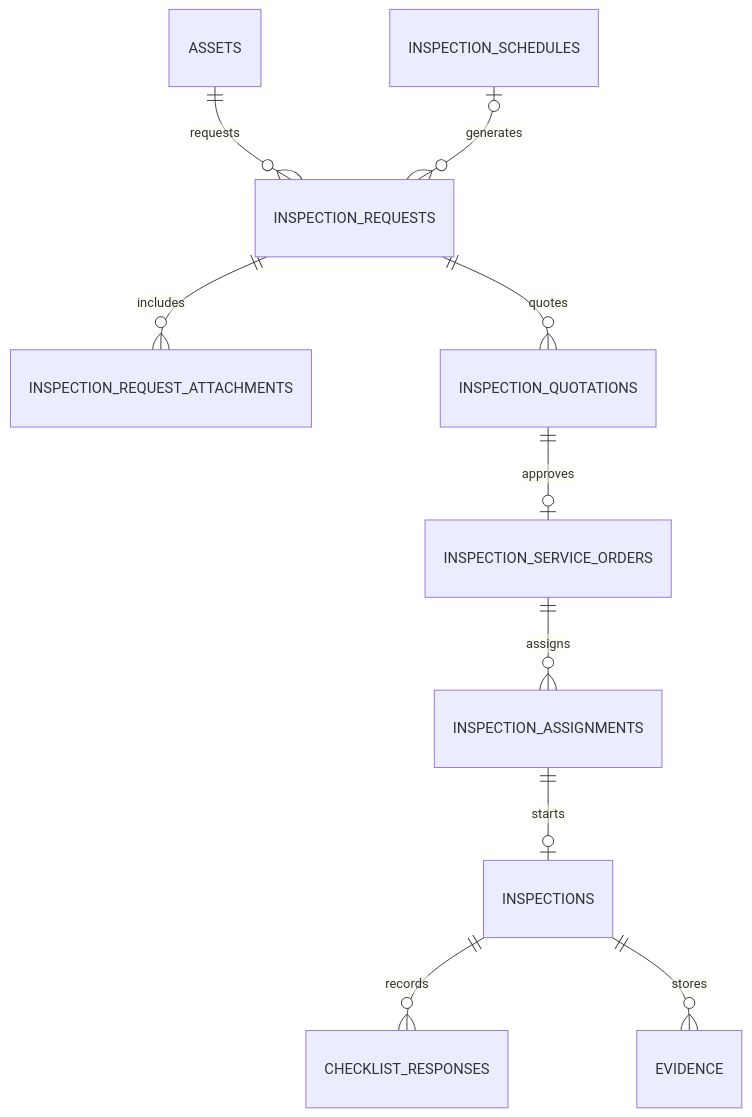
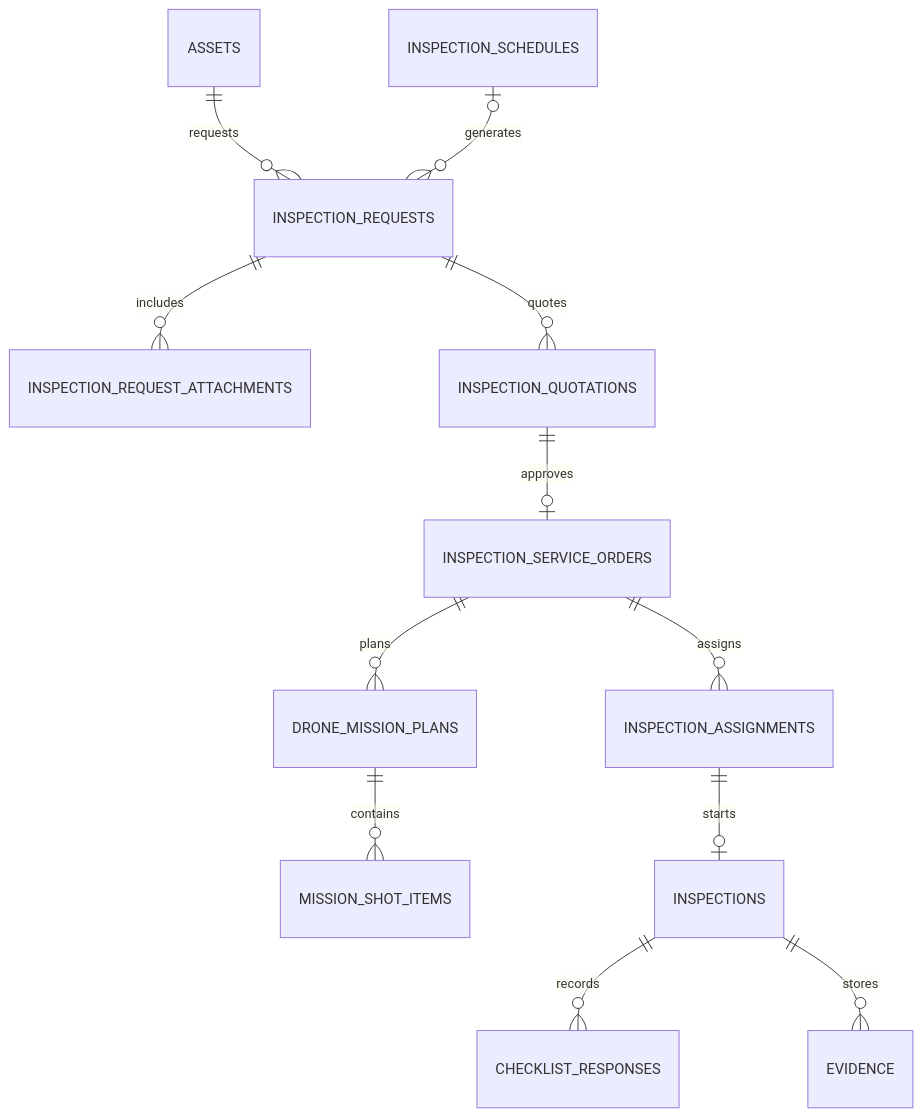
One commit to tungbach12/SmartDroneInspection-Docs changed the second of 4 diagrams in project-reference/database-design.md. Above: the diagram before and after it, drawn with Mermaid. The commit also changed other lines of this file and 2 other files, not shown here.

Commit message:
docs(flows): make drone planning core and policies configurable

````diff
--- a/project-reference/database-design.md
+++ b/project-reference/database-design.md
@@ -103,12 +105,14 @@
 ```mermaid
 erDiagram
     ASSETS ||--o{ INSPECTION_REQUESTS : requests
     INSPECTION_SCHEDULES o|--o{ INSPECTION_REQUESTS : generates
     INSPECTION_REQUESTS ||--o{ INSPECTION_REQUEST_ATTACHMENTS : includes
     INSPECTION_REQUESTS ||--o{ INSPECTION_QUOTATIONS : quotes
     INSPECTION_QUOTATIONS ||--o| INSPECTION_SERVICE_ORDERS : approves
+    INSPECTION_SERVICE_ORDERS ||--o{ DRONE_MISSION_PLANS : plans
+    DRONE_MISSION_PLANS ||--o{ MISSION_SHOT_ITEMS : contains
     INSPECTION_SERVICE_ORDERS ||--o{ INSPECTION_ASSIGNMENTS : assigns
     INSPECTION_ASSIGNMENTS ||--o| INSPECTIONS : starts
     INSPECTIONS ||--o{ CHECKLIST_RESPONSES : records
     INSPECTIONS ||--o{ EVIDENCE : stores
 ```
````
